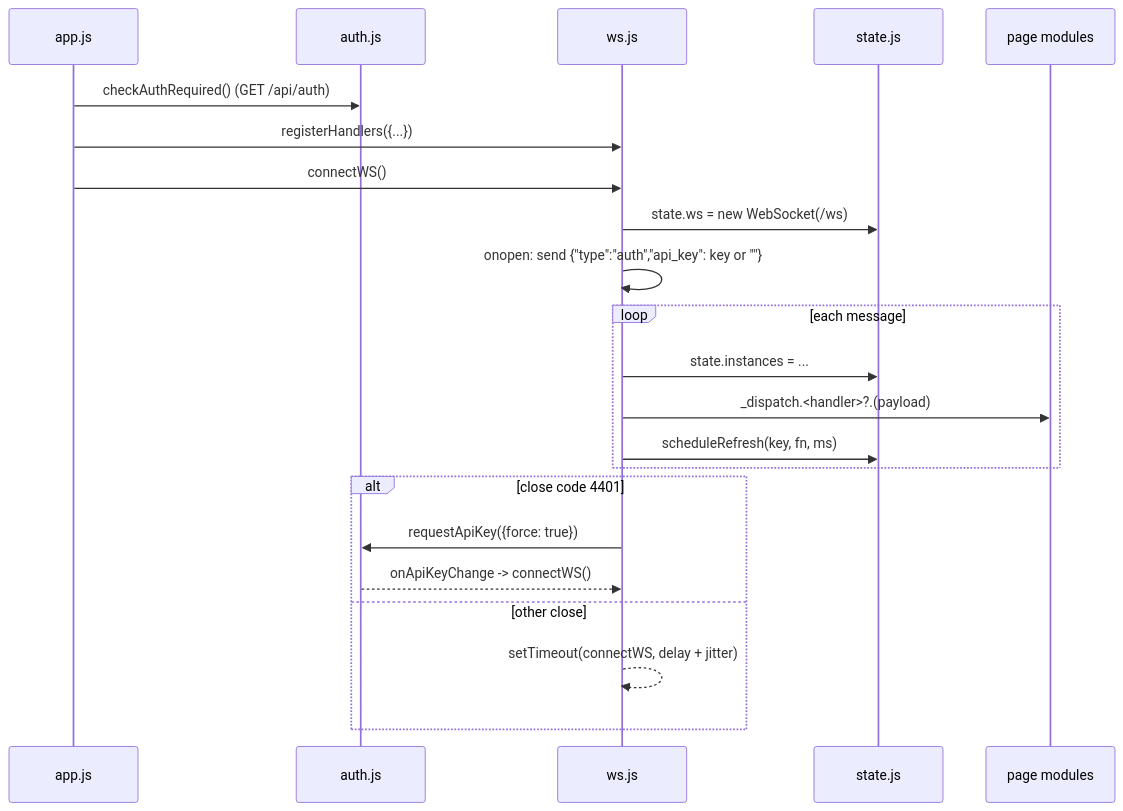
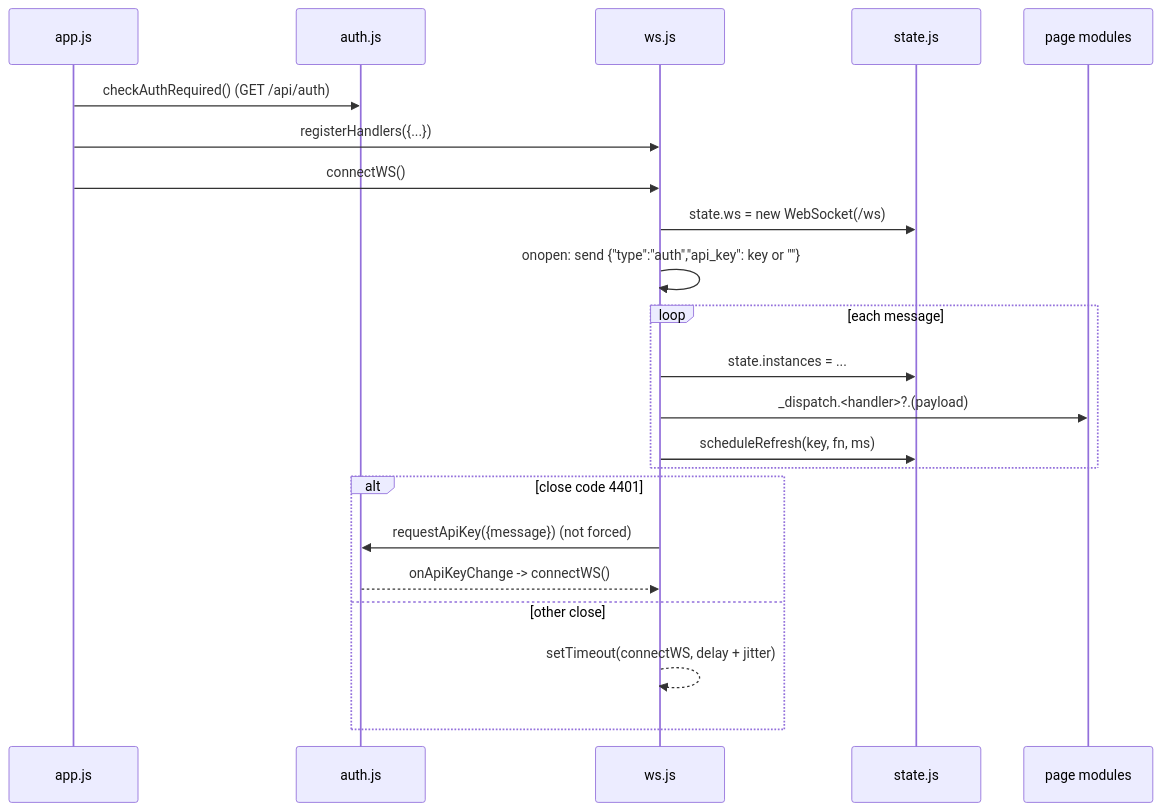
The diagram in src/fsm_llm/monitor/static/services/AGENTS.md (NikolasMarkou/fsm_llm), drawn with Mermaid before and after one commit. The commit also changed other lines of this file and 10 other files, not shown here.

First line of the commit message:
[plan-2026-11-27-9283c1fd/iter-1/step-8] fix(monitor): the agent launch button holds until the redirect, Builder redirect timers follow only their session and page, the refusal names Edit JSON, a late 4401 does not re-open a dismissed key prompt (G3a, G3b, G7)

````diff
--- a/src/fsm_llm/monitor/static/services/AGENTS.md
+++ b/src/fsm_llm/monitor/static/services/AGENTS.md
@@ -12,24 +12,24 @@
 ```mermaid
 sequenceDiagram
     participant App as app.js
     participant A as auth.js
     participant WS as ws.js
     participant S as state.js
     participant P as page modules
     App->>A: checkAuthRequired() (GET /api/auth)
     App->>WS: registerHandlers({...})
     App->>WS: connectWS()
     WS->>S: state.ws = new WebSocket(/ws)
     WS->>WS: onopen: send {"type":"auth","api_key": key or ""}
     loop each message
         WS->>S: state.instances = ...
         WS->>P: _dispatch.<handler>?.(payload)
         WS->>S: scheduleRefresh(key, fn, ms)
     end
     alt close code 4401
-        WS->>A: requestApiKey({force: true})
+        WS->>A: requestApiKey({message}) (not forced)
         A-->>WS: onApiKeyChange -> connectWS()
     else other close
         WS-->>WS: setTimeout(connectWS, delay + jitter)
     end
 ```
````
